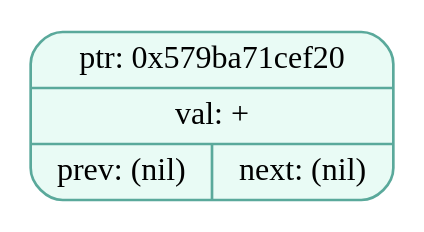
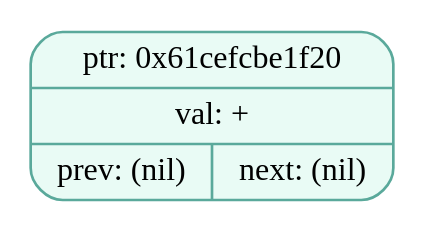
One commit to EvilTomato9890/Difference changed the diagram in dumps/tree_dump_000.dot. Above: the diagram before and after it, drawn with Graphviz. The commit also changed 26 other files, not shown here.

```diff
--- a/dumps/tree_dump_000.dot
+++ b/dumps/tree_dump_000.dot
@@ -1,5 +1,5 @@
 digraph T{
   node [fontname="Fira Mono",shape=record,style="filled,rounded",fontsize=12];
   graph [splines=true, nodesep=0.6, ranksep=0.6];
-  node_0x579ba71cef20[shape=record,label="{ {ptr: 0x579ba71cef20} | {val: +} | { prev: (nil) | next: (nil) } }",color="#5aa99b",fillcolor="#e9fbf5"];
+  node_0x61cefcbe1f20[shape=record,label="{ {ptr: 0x61cefcbe1f20} | {val: +} | { prev: (nil) | next: (nil) } }",color="#5aa99b",fillcolor="#e9fbf5"];
 }
```
